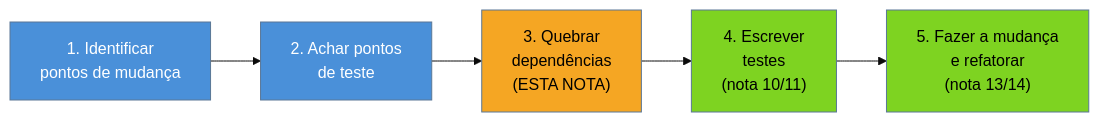
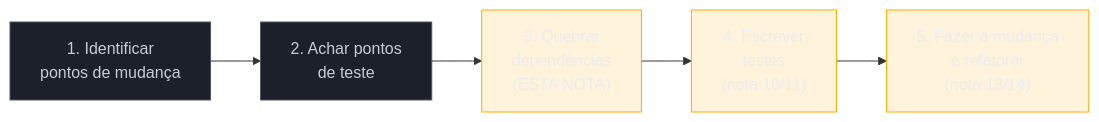
Before and after one commit to josenaldo/codex-technomanticus: the second of 2 diagrams in 03-Dominios/Engenharia/Arqueologia e Restauração de Software/12 - Seams e quebra de dependência.md, drawn with Mermaid. The commit also changed other lines of this file and 1181 other files, not shown here.

First line of the commit message:
fix(diagramas): paleta do sistema no lugar de cor cravada no markdown

````diff
--- a/03-Dominios/Engenharia/Arqueologia e Restauração de Software/12 - Seams e quebra de dependência.md
+++ b/03-Dominios/Engenharia/Arqueologia e Restauração de Software/12 - Seams e quebra de dependência.md
@@ -102,14 +103,15 @@
 ```mermaid
-%%{init: {"theme": "base", "themeVariables": {"primaryColor": "#4A90D9"}}}%%
 graph LR
+    classDef neutro fill:#1B2029,stroke:#4E5666,color:#C6CCD8
+    classDef destaque fill:#FFAA0024,stroke:#FFAA00,color:#E9ECF2
     P1["1. Identificar<br/>pontos de mudança"] --> P2["2. Achar pontos<br/>de teste"]
     P2 --> P3["3. Quebrar<br/>dependências<br/>(ESTA NOTA)"]
     P3 --> P4["4. Escrever<br/>testes<br/>(nota 10/11)"]
     P4 --> P5["5. Fazer a mudança<br/>e refatorar<br/>(nota 13/14)"]
 
-    style P1 fill:#4A90D9,color:#fff
-    style P2 fill:#4A90D9,color:#fff
-    style P3 fill:#F5A623,color:#000
-    style P4 fill:#7ED321,color:#000
-    style P5 fill:#7ED321,color:#000
+    class P1 neutro
+    class P2 neutro
+    class P3 destaque
+    class P4 destaque
+    class P5 destaque
 ```
````
